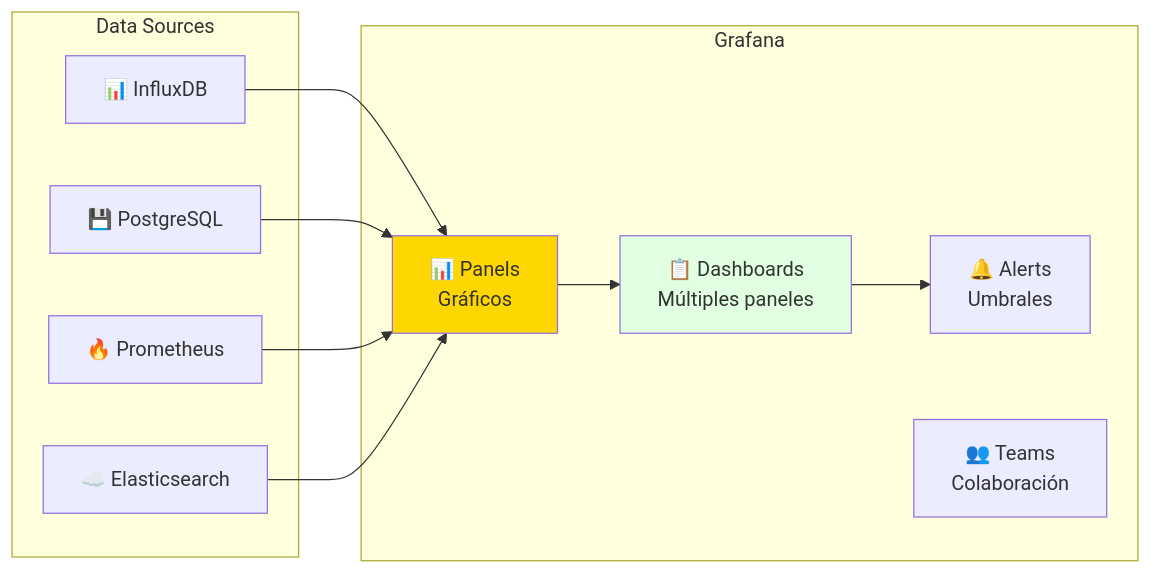
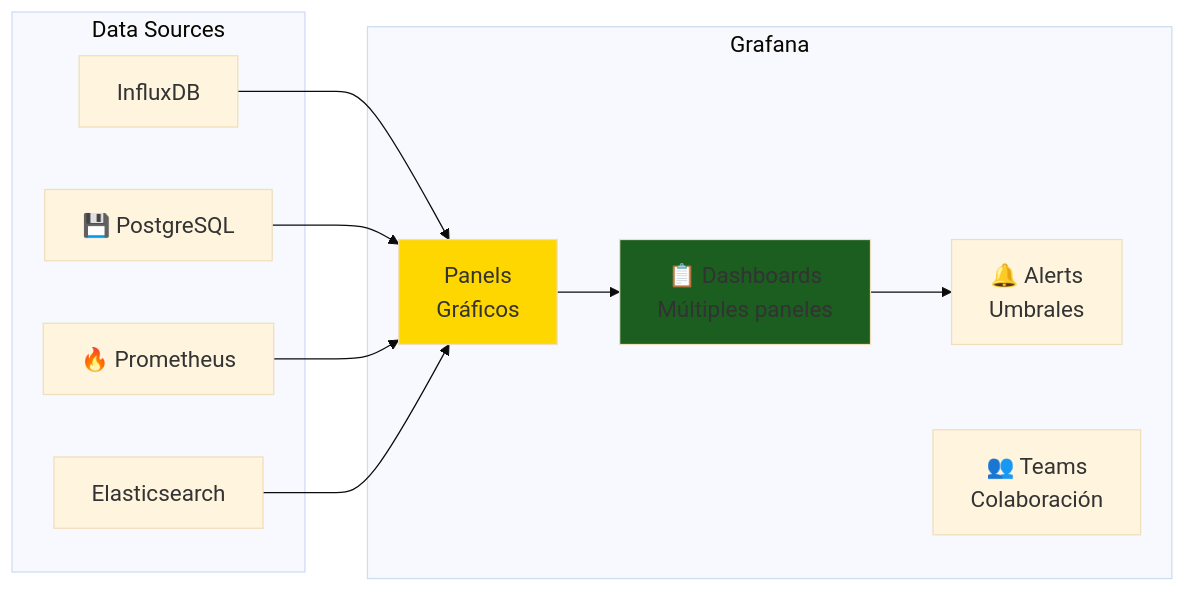
The tenth of 14 diagrams in courses/🟡-development/FPUNA-2026/02-ELECTRONICA-AUTOMATIZACION/05-iot-visualizacion-datos.md (Ai-Whisperers/Courses-Content), drawn with Mermaid before and after one commit. The commit also changed other lines of this file and 47 other files, not shown here.

First line of the commit message:
fix: Make all 473 diagrams WCAG AAA accessible (FPUNA-2026)

````diff
--- a/courses/🟡-development/FPUNA-2026/02-ELECTRONICA-AUTOMATIZACION/05-iot-visualizacion-datos.md
+++ b/courses/🟡-development/FPUNA-2026/02-ELECTRONICA-AUTOMATIZACION/05-iot-visualizacion-datos.md
@@ -592,27 +601,28 @@
 ```mermaid
+%%{init: {'theme':'base', 'themeVariables': {'fontSize':'18px'}}}%%
 graph LR
     subgraph "Data Sources"
-        A[📊 InfluxDB]
+        A[InfluxDB]
         B[💾 PostgreSQL]
         C[🔥 Prometheus]
-        D[☁️ Elasticsearch]
+        D[Elasticsearch]
     end
     
     subgraph "Grafana"
-        E[📊 Panels<br/>Gráficos]
+        E[Panels<br/>Gráficos]
         F[📋 Dashboards<br/>Múltiples paneles]
         G[🔔 Alerts<br/>Umbrales]
         H[👥 Teams<br/>Colaboración]
     end
     
     A --> E
     B --> E
     C --> E
     D --> E
     
     E --> F
     F --> G
     
     style E fill:#FFD700
-    style F fill:#E1FFE1
+    style F fill:#1b5e20
 ```
````
